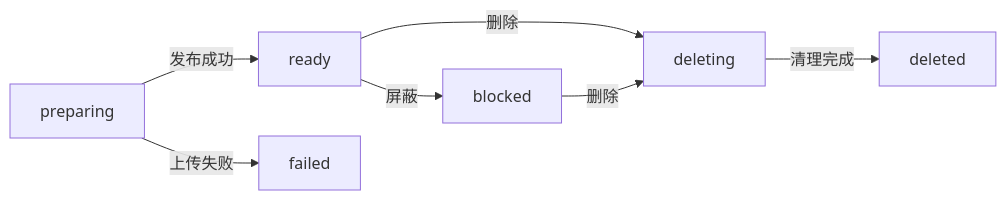
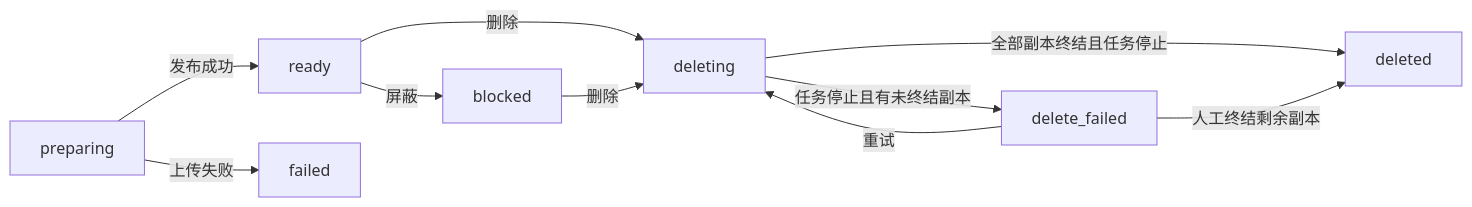
One commit to llleixx/picloom changed the diagram in docs/development/states.md. Above: the diagram before and after it, drawn with Mermaid. The commit also changed other lines of this file and 63 other files, not shown here.

````diff
--- a/docs/development/states.md
+++ b/docs/development/states.md
@@ -24,9 +22,12 @@
 ```mermaid
 flowchart LR
   preparing[preparing] -->|发布成功| ready[ready]
   preparing -->|上传失败| failed[failed]
   ready -->|屏蔽| blocked[blocked]
   ready -->|删除| deleting[deleting]
   blocked -->|删除| deleting
-  deleting -->|清理完成| deleted[deleted]
+  deleting -->|任务停止且有未终结副本| delete_failed[delete_failed]
+  delete_failed -->|重试| deleting
+  deleting -->|全部副本终结且任务停止| deleted[deleted]
+  delete_failed -->|人工终结剩余副本| deleted
 ```
````
